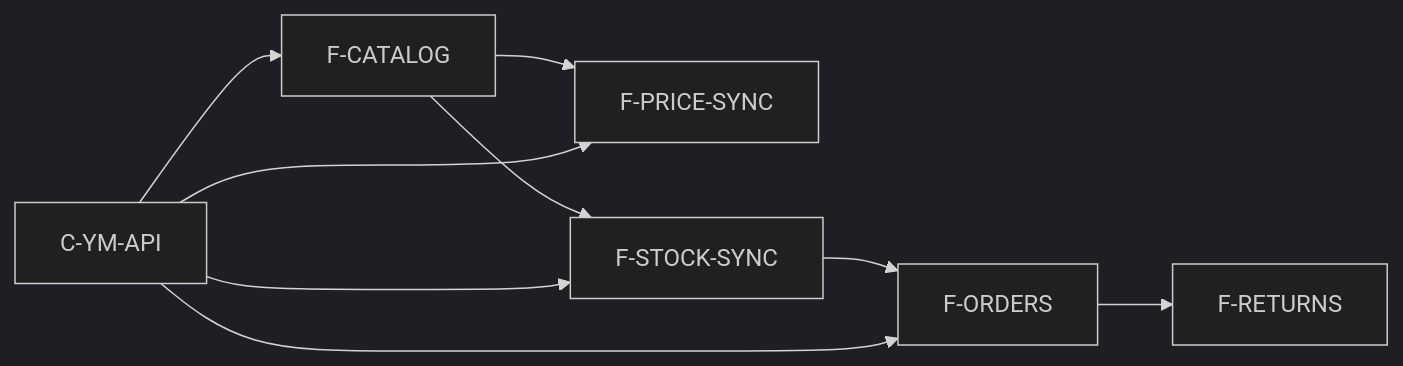
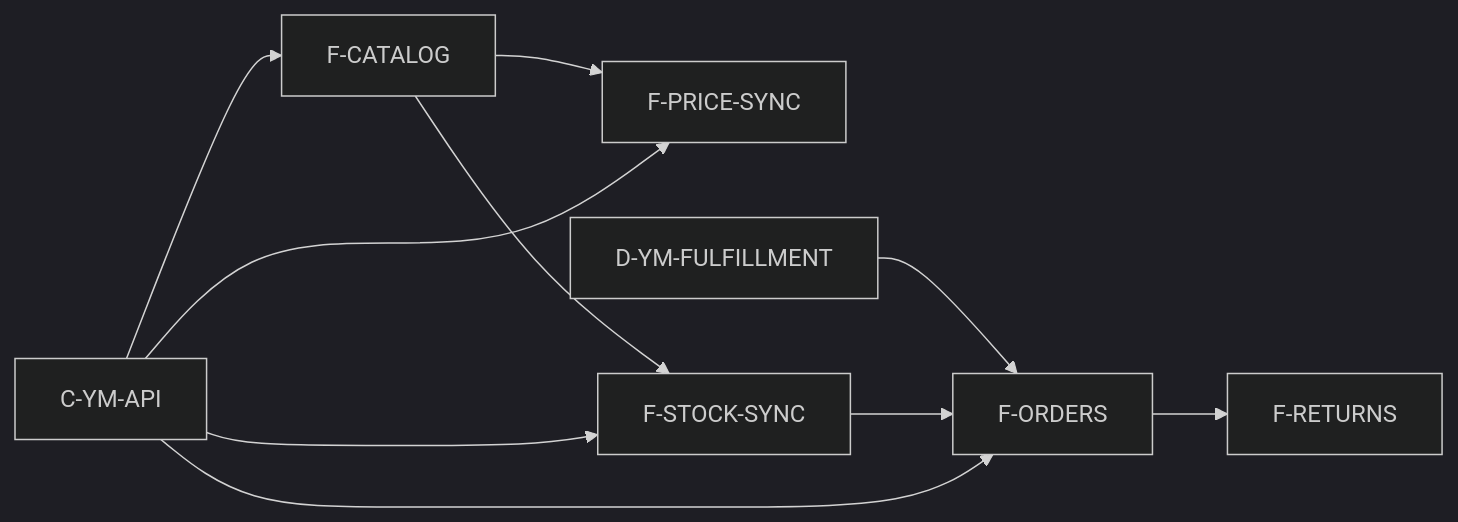
One commit to FefelovAndrey/RULI_YM changed the diagram in graph/graph.md. Above: the diagram before and after it, drawn with Mermaid (dark theme). The commit also changed other lines of this file and 25 other files, not shown here.

````diff
--- a/graph/graph.md
+++ b/graph/graph.md
@@ -34,11 +34,12 @@
 ```mermaid
 flowchart LR
   C[C-YM-API] --> F1[F-CATALOG]
   F1 --> F2[F-PRICE-SYNC]
   F1 --> F3[F-STOCK-SYNC]
-  F3 --> F4[F-ORDERS]
+  D[D-YM-FULFILLMENT] --> F4[F-ORDERS]
+  F3 --> F4
   F4 --> F5[F-RETURNS]
   C --> F2
   C --> F3
   C --> F4
 ```
````
